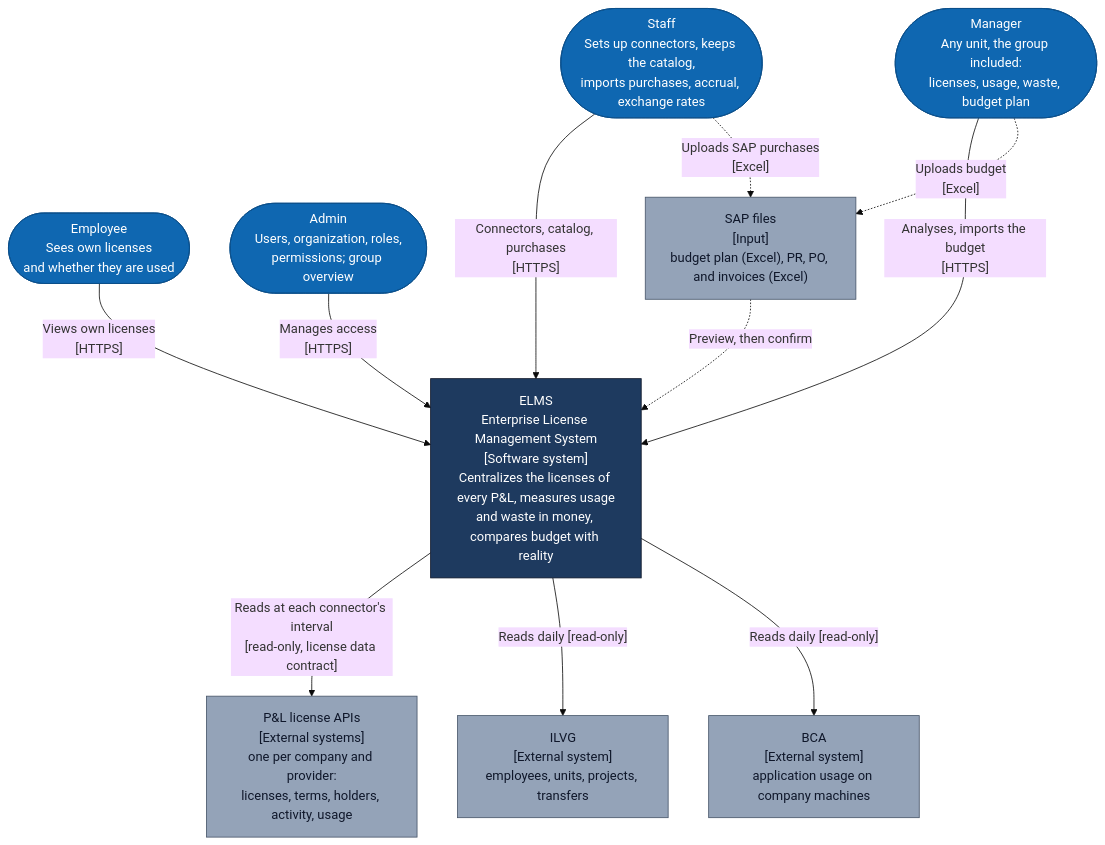
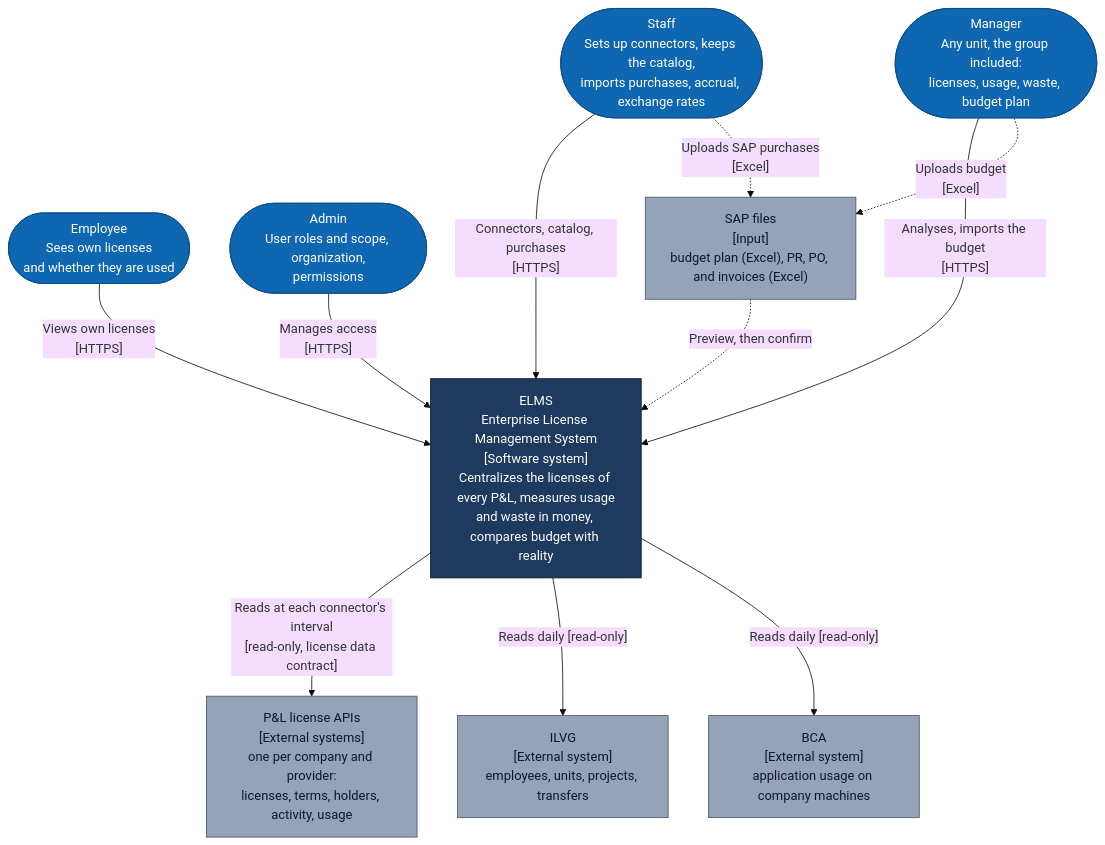
Before and after one commit to cuonglpv/VFast: the first of 7 diagrams in docs/07-c4-architecture.md, drawn with Mermaid (base theme). The commit also changed other lines of this file and 25 other files, not shown here.

First line of the commit message:
docs: merge use cases into 27 user goals and limit Admin to access management

````diff
--- a/docs/07-c4-architecture.md
+++ b/docs/07-c4-architecture.md
@@ -22,32 +22,32 @@
 ```mermaid
 flowchart TB
     employee(["Employee<br/>Sees own licenses<br/>and whether they are used"])
     staff(["Staff<br/>Sets up connectors, keeps the catalog,<br/>imports purchases, accrual, exchange rates"])
     manager(["Manager<br/>Any unit, the group included:<br/>licenses, usage, waste, budget plan"])
-    admin(["Admin<br/>Users, organization, roles,<br/>permissions; group overview"])
+    admin(["Admin<br/>User roles and scope, organization,<br/>permissions"])
 
     elms["ELMS<br/>Enterprise License Management System<br/>[Software system]<br/>Centralizes the licenses of every P&L, measures usage<br/>and waste in money, compares budget with reality"]
 
     pnl["P&L license APIs<br/>[External systems]<br/>one per company and provider:<br/>licenses, terms, holders, activity, usage"]
     ilvg["ILVG<br/>[External system]<br/>employees, units, projects, transfers"]
     bca["BCA<br/>[External system]<br/>application usage on company machines"]
     files["SAP files<br/>[Input]<br/>budget plan (Excel), PR, PO, and invoices (Excel)"]
 
     employee -- "Views own licenses<br/>[HTTPS]" --> elms
     staff -- "Connectors, catalog, purchases<br/>[HTTPS]" --> elms
     manager -- "Analyses, imports the budget<br/>[HTTPS]" --> elms
     admin -- "Manages access<br/>[HTTPS]" --> elms
     elms -- "Reads at each connector's interval<br/>[read-only, license data contract]" --> pnl
     elms -- "Reads daily [read-only]" --> ilvg
     elms -- "Reads daily [read-only]" --> bca
     manager -. "Uploads budget<br/>[Excel]" .-> files
     staff -. "Uploads SAP purchases<br/>[Excel]" .-> files
     files -. "Preview, then confirm" .-> elms
 
     classDef person fill:#0F67B1,stroke:#0B4F8A,color:#fff
     classDef system fill:#1E3A5F,stroke:#0F172A,color:#fff
     classDef external fill:#94A3B8,stroke:#475569,color:#0F172A
     class employee,staff,manager,admin person
     class elms system
     class pnl,ilvg,bca,files external
 ```
````
